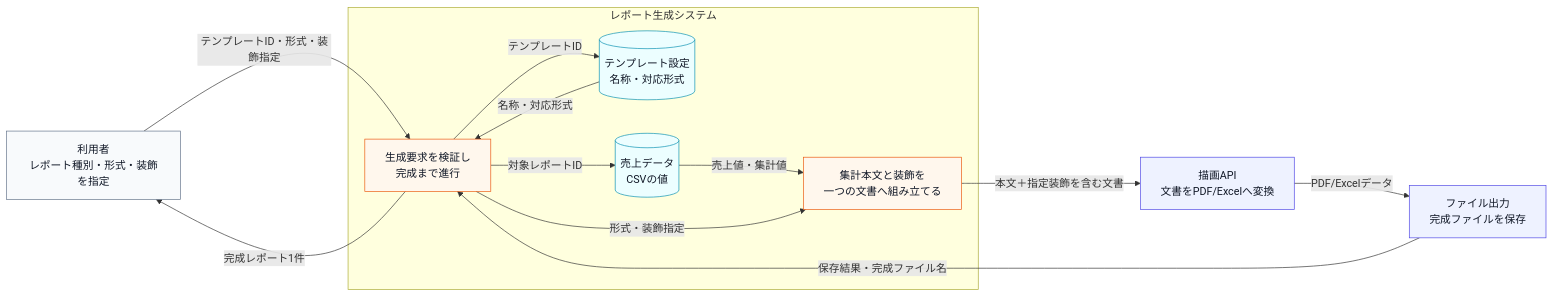
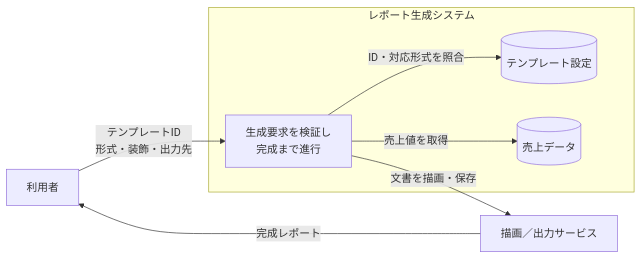
The first of 12 diagrams in kindle/design-patterns/output/chapter11.md (kumachan1101-pixel/DesignPattern), drawn with Mermaid before and after one commit. The commit also changed other lines of this file and 23 other files, not shown here.

````diff
--- a/kindle/design-patterns/output/chapter11.md
+++ b/kindle/design-patterns/output/chapter11.md
@@ -53,30 +76,15 @@
 ```mermaid
 flowchart LR
-    U["利用者<br>レポート種別・形式・装飾を指定"]:::actor
-
+    U["利用者"]
     subgraph SYS["レポート生成システム"]
-        E["生成要求を検証し<br>完成まで進行"]:::process
-        T[("テンプレート設定<br>名称・対応形式")]:::data
-        D[("売上データ<br>CSVの値")]:::data
-        A["集計本文と装飾を<br>一つの文書へ組み立てる"]:::process
+        A["生成要求を検証し<br/>完成まで進行"]
+        T[("テンプレート設定")]
+        D[("売上データ")]
     end
-
-    R["描画API<br>文書をPDF/Excelへ変換"]:::boundary
-    F["ファイル出力<br>完成ファイルを保存"]:::boundary
-
-    U -->|"テンプレートID・形式・装飾指定"| E
-    E -->|"テンプレートID"| T
-    T -->|"名称・対応形式"| E
-    E -->|"対象レポートID"| D
-    D -->|"売上値・集計値"| A
-    E -->|"形式・装飾指定"| A
-    A -->|"本文＋指定装飾を含む文書"| R
-    R -->|"PDF/Excelデータ"| F
-    F -->|"保存結果・完成ファイル名"| E
-    E -->|"完成レポート1件"| U
-
-    classDef actor fill:#f8fafc,stroke:#64748b,color:#111827;
-    classDef data fill:#ecfeff,stroke:#0891b2,color:#111827;
-    classDef process fill:#fff7ed,stroke:#ea580c,color:#111827;
-    classDef boundary fill:#eef2ff,stroke:#4f46e5,color:#111827;
+    R["描画／出力サービス"]
+    U -->|"テンプレートID<br/>形式・装飾・出力先"| A
+    A -->|"ID・対応形式を照合"| T
+    A -->|"売上値を取得"| D
+    A -->|"文書を描画・保存"| R
+    R -->|"完成レポート"| U
 ```
````
